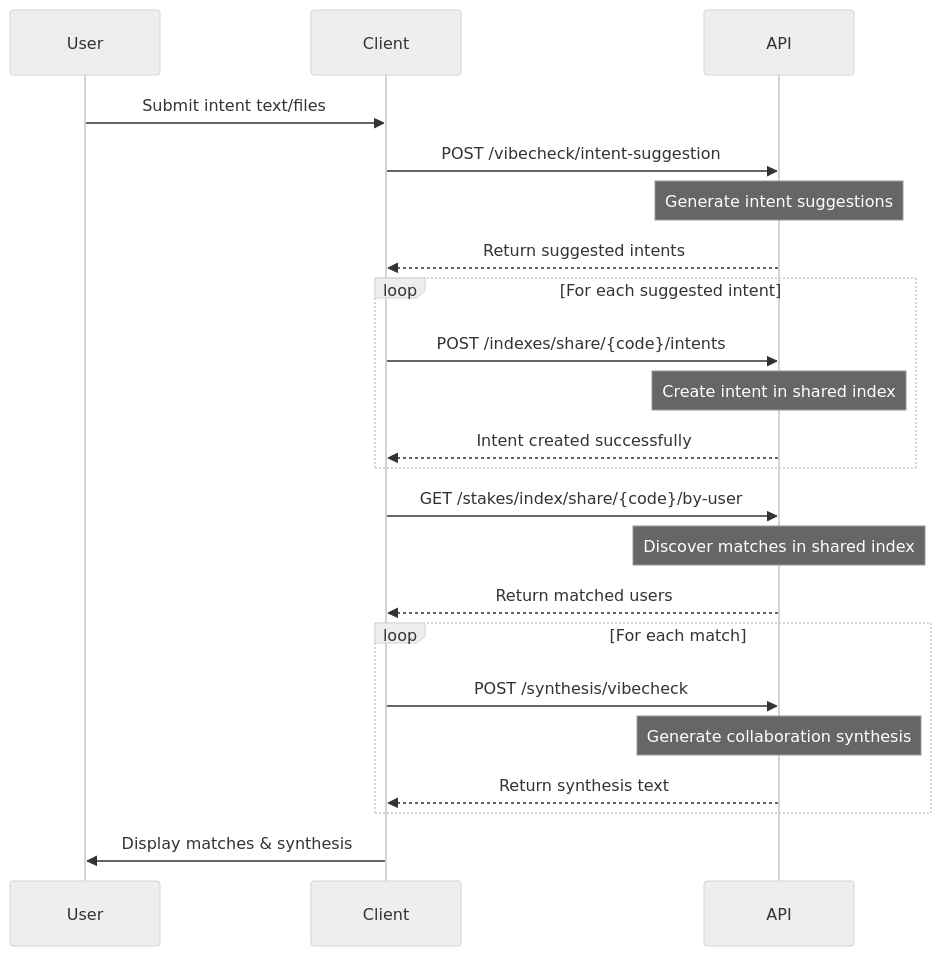
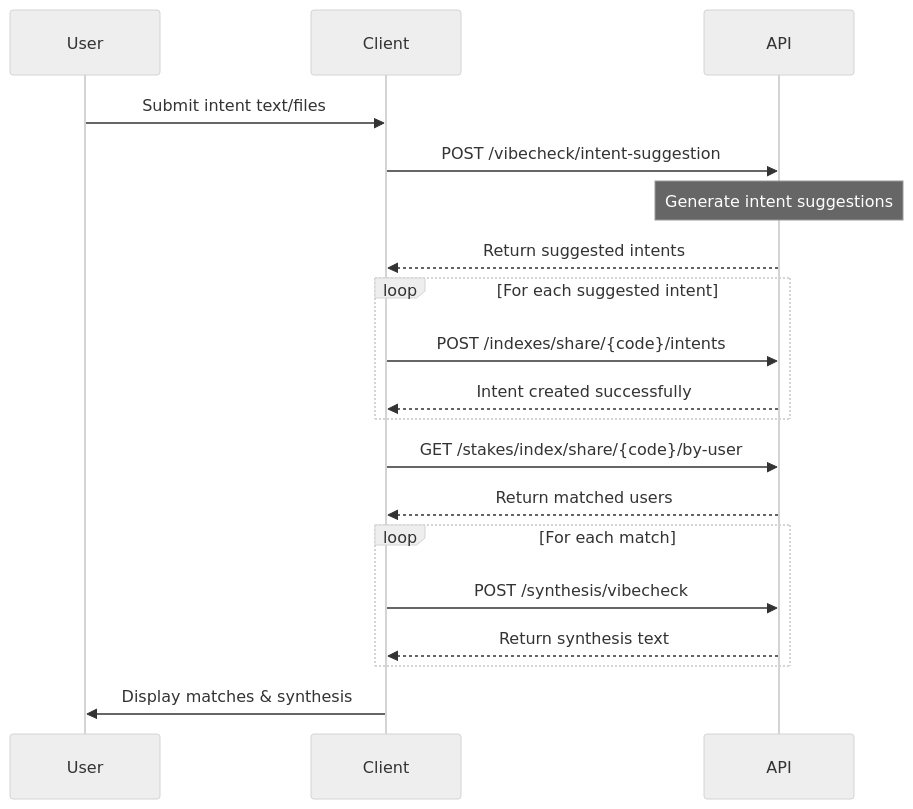
The second of 2 diagrams in docs/INTEGRATION_GUIDE.md (indexnetwork/index), drawn with Mermaid (neutral theme) before and after one commit. The commit also changed other lines of this file, not shown here.

````diff
--- a/docs/INTEGRATION_GUIDE.md
+++ b/docs/INTEGRATION_GUIDE.md
@@ -153,26 +173,26 @@
 ```mermaid
 sequenceDiagram
 participant User
 participant Client
 participant API
 
 User->>Client: Submit intent text/files
 Client->>API: POST /vibecheck/intent-suggestion
 Note over API: Generate intent suggestions
 API-->>Client: Return suggested intents
+
 loop For each suggested intent
-Client->>API: POST /indexes/share/{code}/intents
-Note over API: Create intent in shared index
-API-->>Client: Intent created successfully
+  Client->>API: POST /indexes/share/{code}/intents
+  API-->>Client: Intent created successfully
 end
 
 Client->>API: GET /stakes/index/share/{code}/by-user
-Note over API: Discover matches in shared index
 API-->>Client: Return matched users
+
 loop For each match
-Client->>API: POST /synthesis/vibecheck
-Note over API: Generate collaboration synthesis
-API-->>Client: Return synthesis text
+  Client->>API: POST /synthesis/vibecheck
+  API-->>Client: Return synthesis text
 end
+
 Client->>User: Display matches & synthesis
 ```
````
